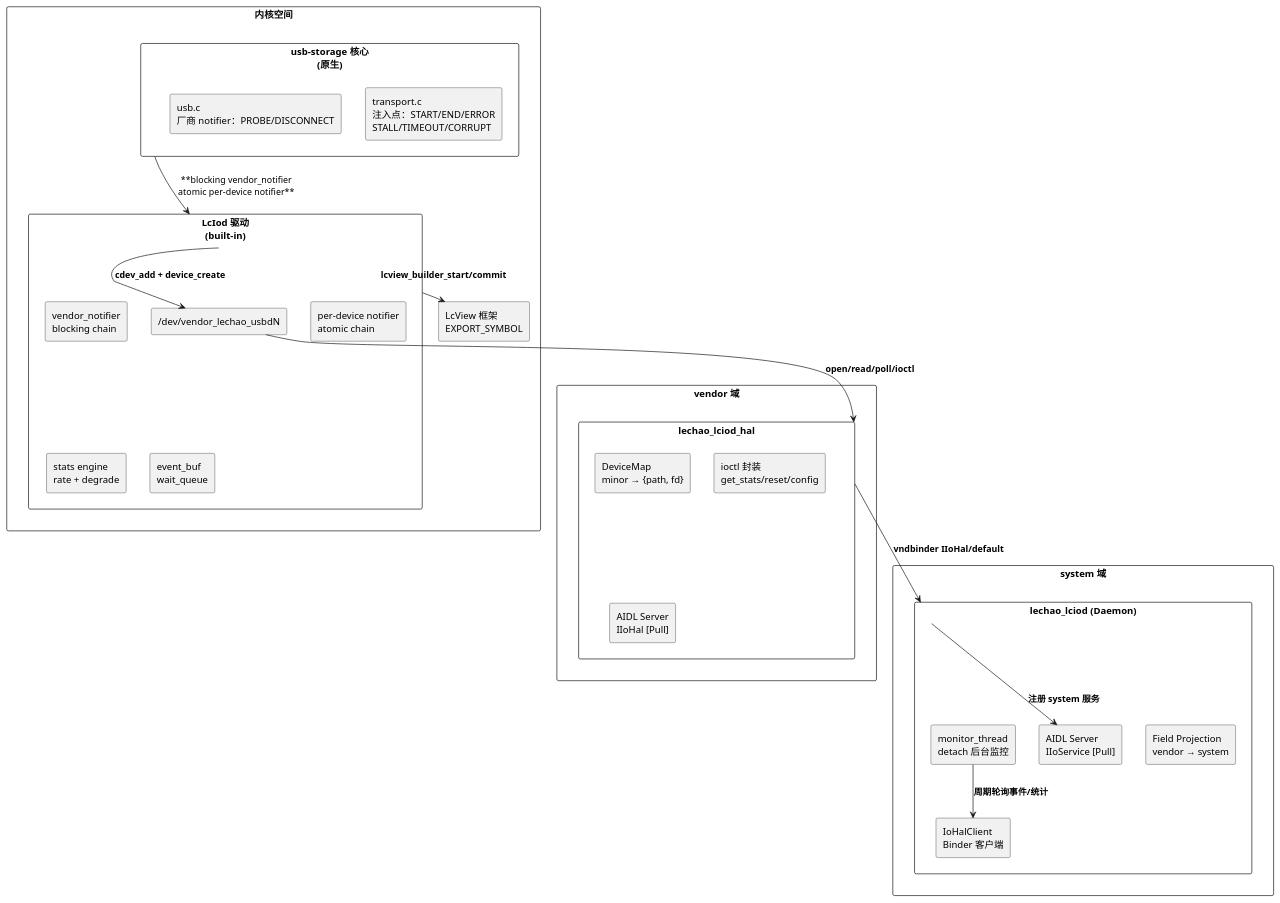
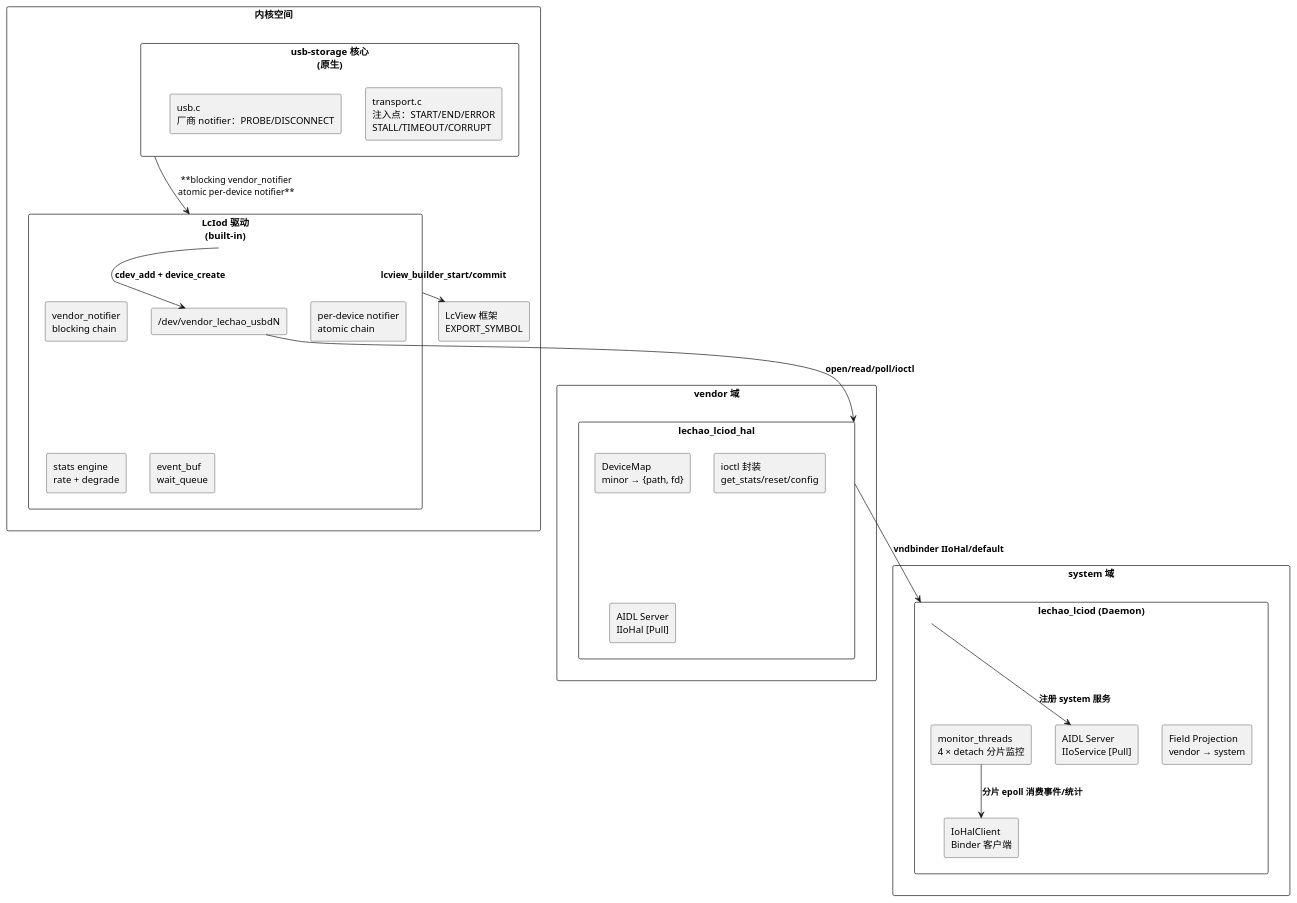
Before and after one commit to lechao365/AndroidSystemEnhance: the first of 7 diagrams in docs/02-IO增强/README.md, drawn with PlantUML. The commit also changed other lines of this file and 118 other files, not shown here.

````diff
--- a/docs/02-IO增强/README.md
+++ b/docs/02-IO增强/README.md
@@ -23,47 +23,47 @@
 ```plantuml
 @startuml
 skinparam packageStyle rectangle
 skinparam componentStyle rectangle
 
 package "内核空间" {
     component "usb-storage 核心\n(原生)" as USBSTOR {
         component "transport.c\n注入点：START/END/ERROR\nSTALL/TIMEOUT/CORRUPT" as TRANS
         component "usb.c\n厂商 notifier：PROBE/DISCONNECT" as USBC
     }
     component "LcIod 驱动\n(built-in)" as LCIOD {
         component "vendor_notifier\nblocking chain" as VNOT
         component "per-device notifier\natomic chain" as PNOT
         component "stats engine\nrate + degrade" as STATS
         component "event_buf\nwait_queue" as EVBUF
         component "/dev/vendor_lechao_usbdN" as DEV
     }
     component "LcView 框架\nEXPORT_SYMBOL" as LCVIEW
 }
 
 package "vendor 域" {
     component "lechao_lciod_hal" as HAL {
         component "DeviceMap\nminor → {path, fd}" as DMAP
         component "ioctl 封装\nget_stats/reset/config" as IOCTL
         component "AIDL Server\nIIoHal [Pull]" as AIDL_V
     }
 }
 
 package "system 域" {
     component "lechao_lciod (Daemon)" as DAEMON {
         component "IoHalClient\nBinder 客户端" as HALC
         component "Field Projection\nvendor → system" as PROJ
         component "AIDL Server\nIIoService [Pull]" as AIDL_S
-        component "monitor_thread\ndetach 后台监控" as MONITOR
+        component "monitor_threads\n4 × detach 分片监控" as MONITOR
     }
 }
 
 USBSTOR --> LCIOD : **blocking vendor_notifier\natomic per-device notifier**
 LCIOD --> LCVIEW : **lcview_builder_start/commit**
 LCIOD --> DEV : **cdev_add + device_create**
 
 DEV --> HAL : **open/read/poll/ioctl**
 HAL --> DAEMON : **vndbinder IIoHal/default**
 DAEMON --> AIDL_S : **注册 system 服务**
-MONITOR --> HALC : **周期轮询事件/统计**
+MONITOR --> HALC : **分片 epoll 消费事件/统计**
 @enduml
 ```
````
